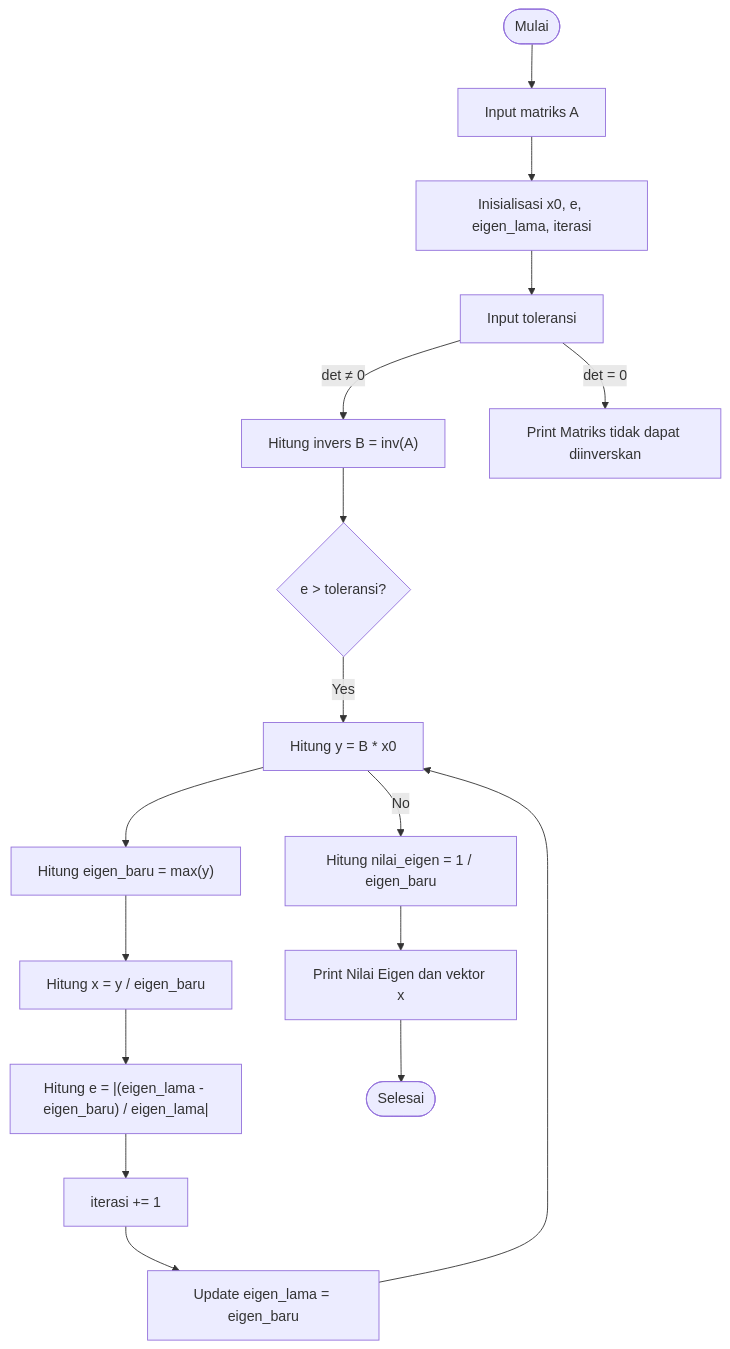
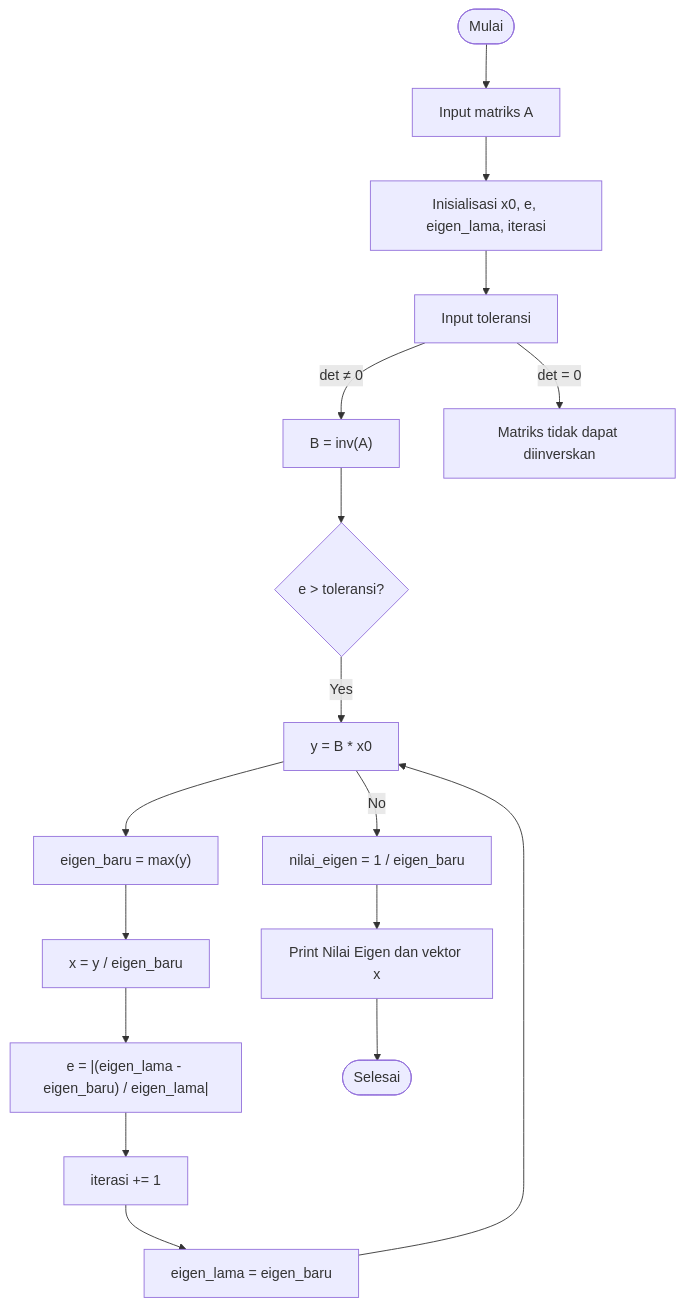
One commit to aslabkomfis/Komputasi-Numerik-24-25 changed the diagram in Modul-4/Metode inverse power.mmd. Above: the diagram before and after it, drawn with Mermaid.

Commit message:
Update Metode inverse power.mmd

```diff
--- a/Modul-4/Metode inverse power.mmd
+++ b/Modul-4/Metode inverse power.mmd
@@ -1,17 +1,17 @@
 graph TD
   A([Mulai]) --> B["Input matriks A"]
   B --> C["Inisialisasi x0, e, eigen_lama, iterasi"]
   C --> D["Input toleransi"]
-  D -->|det ≠ 0| E["Hitung invers B = inv(A)"]
-  D -->|det = 0| Z["Print "Matriks tidak dapat diinverskan""]
+  D -->|det ≠ 0| E["B = inv(A)"]
+  D -->|det = 0| Z["Matriks tidak dapat diinverskan"]
   E --> F{"e > toleransi?"}
-  F -- Yes --> G["Hitung y = B * x0"]
-  G --> H["Hitung eigen_baru = max(y)"]
-  H --> I["Hitung x = y / eigen_baru"]
-  I --> J["Hitung e = |(eigen_lama - eigen_baru) / eigen_lama|"]
+  F -- Yes --> G["y = B * x0"]
+  G --> H["eigen_baru = max(y)"]
+  H --> I["x = y / eigen_baru"]
+  I --> J["e = |(eigen_lama - eigen_baru) / eigen_lama|"]
   J --> K["iterasi += 1"]
-  K --> L["Update eigen_lama = eigen_baru"]
+  K --> L["eigen_lama = eigen_baru"]
   L --> G
-  G -- No --> P["Hitung nilai_eigen = 1 / eigen_baru"]
+  G -- No --> P["nilai_eigen = 1 / eigen_baru"]
   P --> Q["Print Nilai Eigen dan vektor x"]
   Q --> O([Selesai])
```
